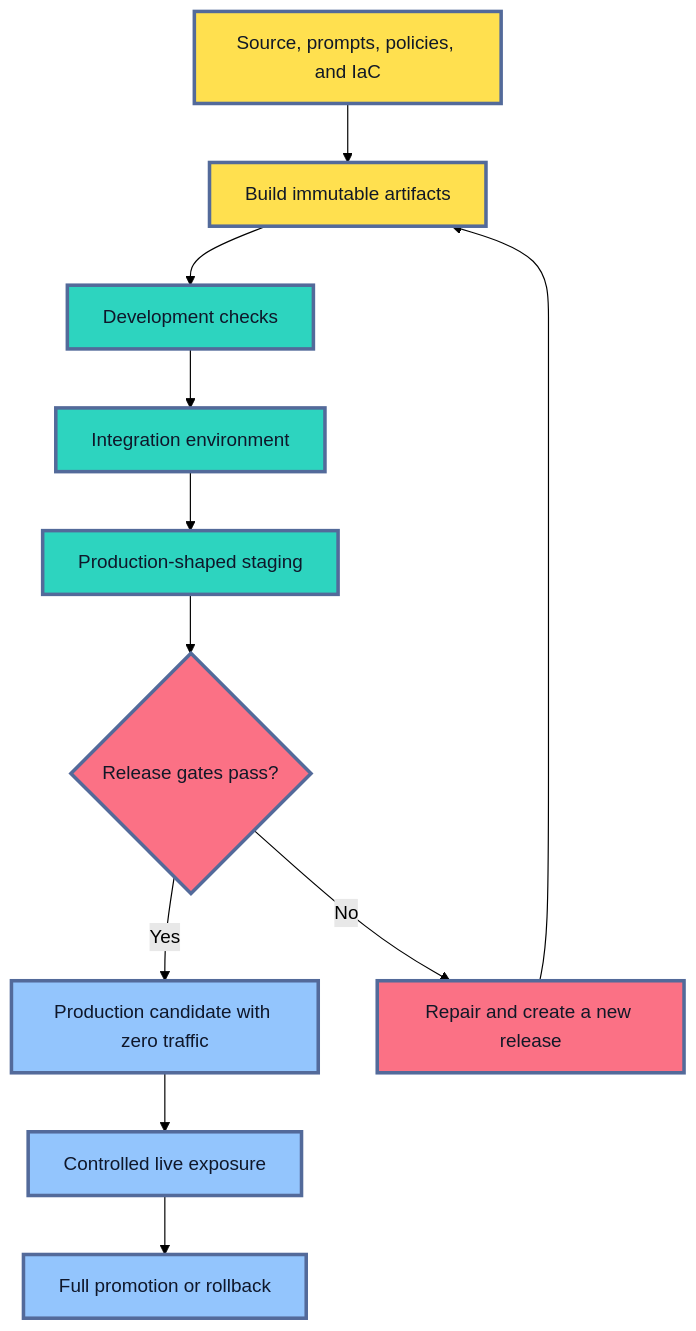
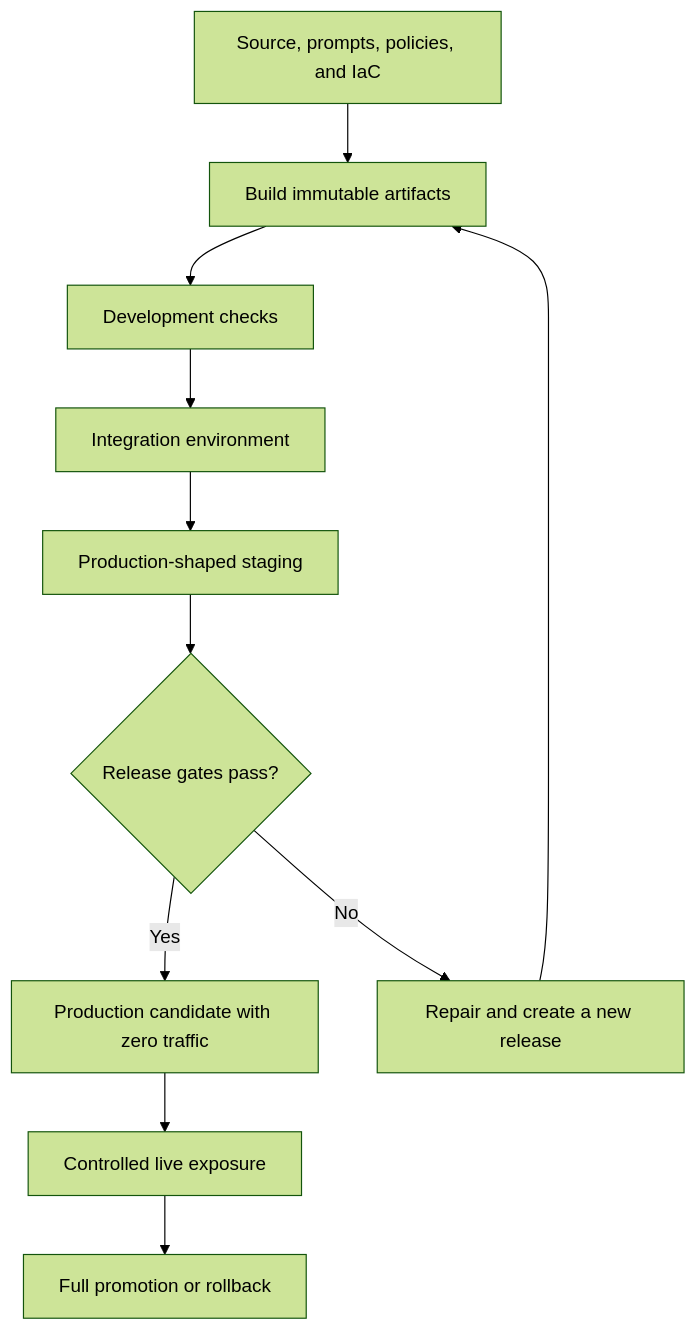
The second of 3 diagrams in roadmaps/mlops/modules/llmops/cost-and-deployment/03-production-deployment.md (senlinyy/dev-roadmaps), drawn with Mermaid (forest theme) before and after one commit. The commit also changed other lines of this file and 152 other files, not shown here.

Commit message:
feat: mlops and diagrams updated

````diff
--- a/roadmaps/mlops/modules/llmops/cost-and-deployment/03-production-deployment.md
+++ b/roadmaps/mlops/modules/llmops/cost-and-deployment/03-production-deployment.md
@@ -141,22 +137,18 @@
 ```mermaid
 flowchart TD
     A["Source, prompts, policies, and IaC"] --> B["Build immutable artifacts"]
     B --> C["Development checks"]
     C --> D["Integration environment"]
     D --> E["Production-shaped staging"]
     E --> F{"Release gates pass?"}
     F -->|"Yes"| G["Production candidate with zero traffic"]
     F -->|"No"| H["Repair and create a new release"]
     G --> I["Controlled live exposure"]
     I --> J["Full promotion or rollback"]
     H --> B
 
-    classDef source fill:#FFE04F,stroke:#536A9A,stroke-width:3px,color:#111827
-    classDef stage fill:#2DD4BF,stroke:#536A9A,stroke-width:3px,color:#0F172A
-    classDef decision fill:#FB7185,stroke:#536A9A,stroke-width:3px,color:#111827
-    classDef prod fill:#93C5FD,stroke:#536A9A,stroke-width:3px,color:#0F172A
     class A,B source
     class C,D,E stage
     class F,H decision
     class G,I,J prod
 ```
````
